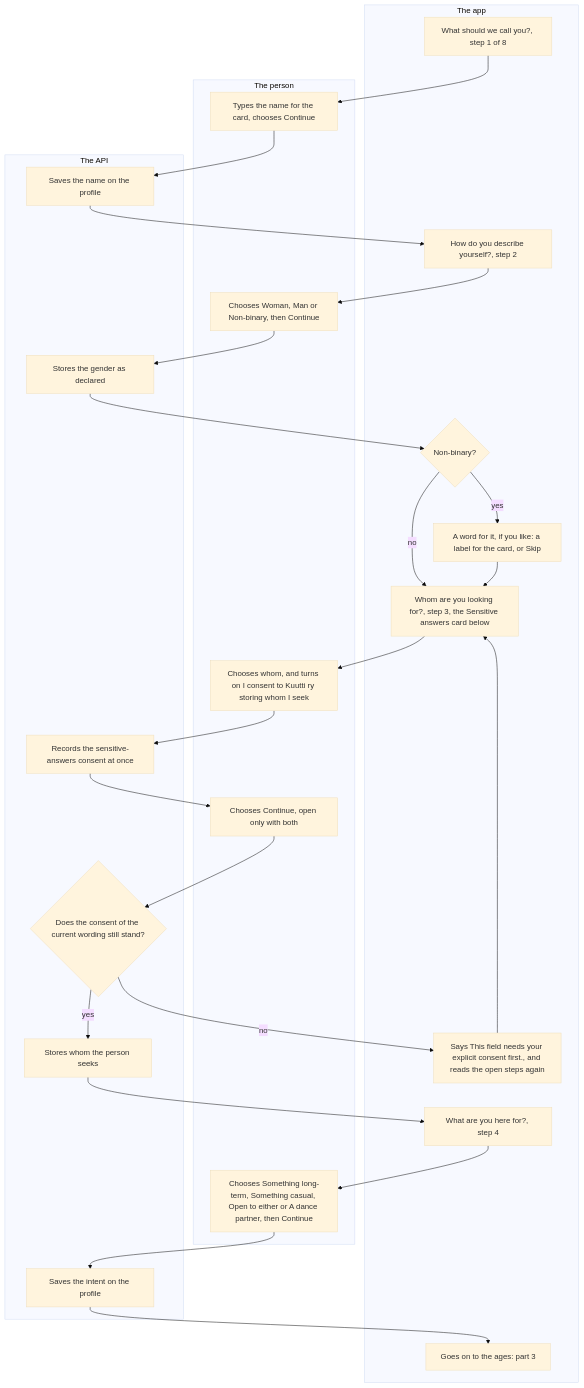
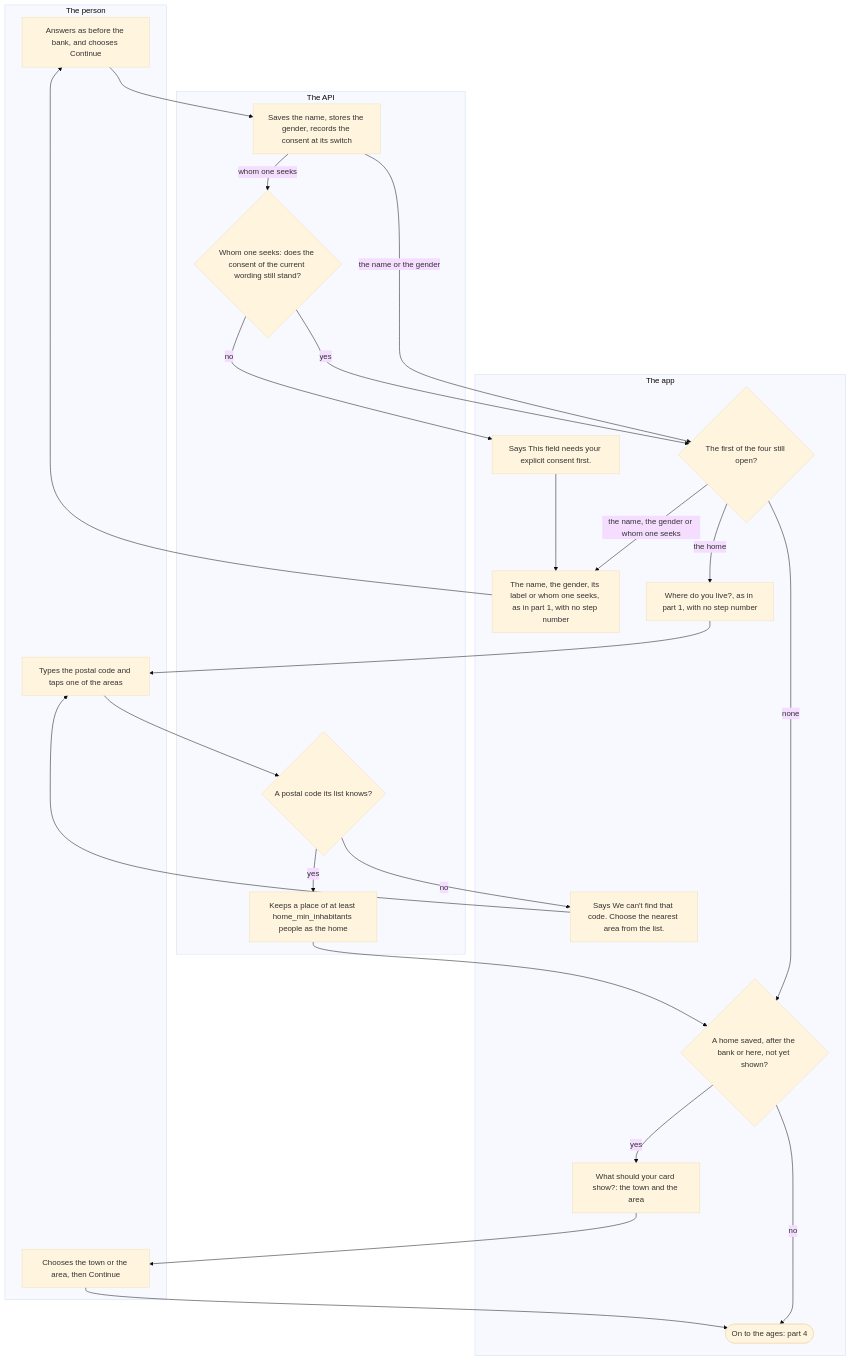
Before and after one commit to kuutti-ry/kumpa-app: the third of 4 diagrams in docs/flows/onboarding.md, drawn with Mermaid (base theme). The commit also changed other lines of this file and 98 other files, not shown here.

First line of the commit message:
Ask the first questions before the bank login (#681) (#735)

````diff
--- a/docs/flows/onboarding.md
+++ b/docs/flows/onboarding.md
@@ -103,50 +170,46 @@
 ```mermaid
 flowchart TB
-  accTitle: Onboarding, part 2: the name, the gender, whom one seeks and the intent
-  accDescr: Steps 1 to 4 of 8. The person types the name for their card, declares their gender, and after non-binary may add a label. They choose whom they seek and give the sensitive-answers consent on the same screen; Continue opens only with both, and an answer that reaches the API without the consent of the current wording is refused and said. Then they choose what they are here for.
+  accTitle: Onboarding, part 3: after the bank: a question the save did not land, and what the card shows
+  accDescr: A question of the four that the save after the bank did not land, because it was lost with the hour, a save failed, or the API refused it, is asked here with no step number and stored at its Continue. Whom one seeks is refused without the consent of the current wording, and a postal code the API does not know is said. Once a home is saved, after the bank or here, the person chooses what their card shows of it.
   subgraph person["The person"]
-    s20["Types the name for the card, chooses Continue"]
-    s23["Chooses Woman, Man or Non-binary, then Continue"]
-    s28["Chooses whom, and turns on I consent to Kuutti ry storing whom I seek"]
-    s30["Chooses Continue, open only with both"]
-    s35["Chooses Something long-term, Something casual, Open to either or A dance partner, then Continue"]
+    s38["Answers as before the bank, and chooses Continue"]
+    s43["Types the postal code and taps one of the areas"]
+    s49["Chooses the town or the area, then Continue"]
   end
   subgraph app["The app"]
-    s19["What should we call you?, step 1 of 8"]
-    s22["How do you describe yourself?, step 2"]
-    s25{"Non-binary?"}
-    s26["A word for it, if you like: a label for the card, or Skip"]
-    s27["Whom are you looking for?, step 3, the Sensitive answers card below"]
-    s32["Says This field needs your explicit consent first., and reads the open steps again"]
-    s34["What are you here for?, step 4"]
-    s37["Goes on to the ages: part 3"]
+    s36{"The first of the four still open?"}
+    s37["The name, the gender, its label or whom one seeks, as in part 1, with no step number"]
+    s41["Says This field needs your explicit consent first."]
+    s42["Where do you live?, as in part 1, with no step number"]
+    s45["Says We can't find that code. Choose the nearest area from the list."]
+    s47{"A home saved, after the bank or here, not yet shown?"}
+    s48["What should your card show?: the town and the area"]
+    s50(["On to the ages: part 4"])
   end
   subgraph api["The API"]
-    s21["Saves the name on the profile"]
-    s24["Stores the gender as declared"]
-    s29["Records the sensitive-answers consent at once"]
-    s31{"Does the consent of the current wording still stand?"}
-    s33["Stores whom the person seeks"]
-    s36["Saves the intent on the profile"]
+    s39["Saves the name, stores the gender, records the consent at its switch"]
+    s40{"Whom one seeks: does the consent of the current wording still stand?"}
+    s44{"A postal code its list knows?"}
+    s46["Keeps a place of at least home_min_inhabitants people as the home"]
   end
-  s19 --> s20
-  s20 --> s21
-  s21 --> s22
-  s22 --> s23
-  s23 --> s24
-  s24 --> s25
-  s25 -->|"yes"| s26
-  s25 -->|"no"| s27
-  s26 --> s27
-  s27 --> s28
-  s28 --> s29
-  s29 --> s30
-  s30 --> s31
-  s31 -->|"no"| s32
-  s32 --> s27
-  s31 -->|"yes"| s33
-  s33 --> s34
-  s34 --> s35
-  s35 --> s36
-  s36 --> s37
+  s36 -->|"the name, the gender or whom one seeks"| s37
+  s36 -->|"the home"| s42
+  s36 -->|"none"| s47
+  s37 --> s38
+  s38 --> s39
+  s39 -->|"the name or the gender"| s36
+  s39 -->|"whom one seeks"| s40
+  s40 -->|"yes"| s36
+  s40 -->|"no"| s41
+  s41 --> s37
+  s42 --> s43
+  s43 --> s44
+  s44 -->|"no"| s45
+  s45 --> s43
+  s44 -->|"yes"| s46
+  s46 --> s47
+  s47 -->|"yes"| s48
+  s47 -->|"no"| s50
+  s48 --> s49
+  s49 --> s50
 ```
````
